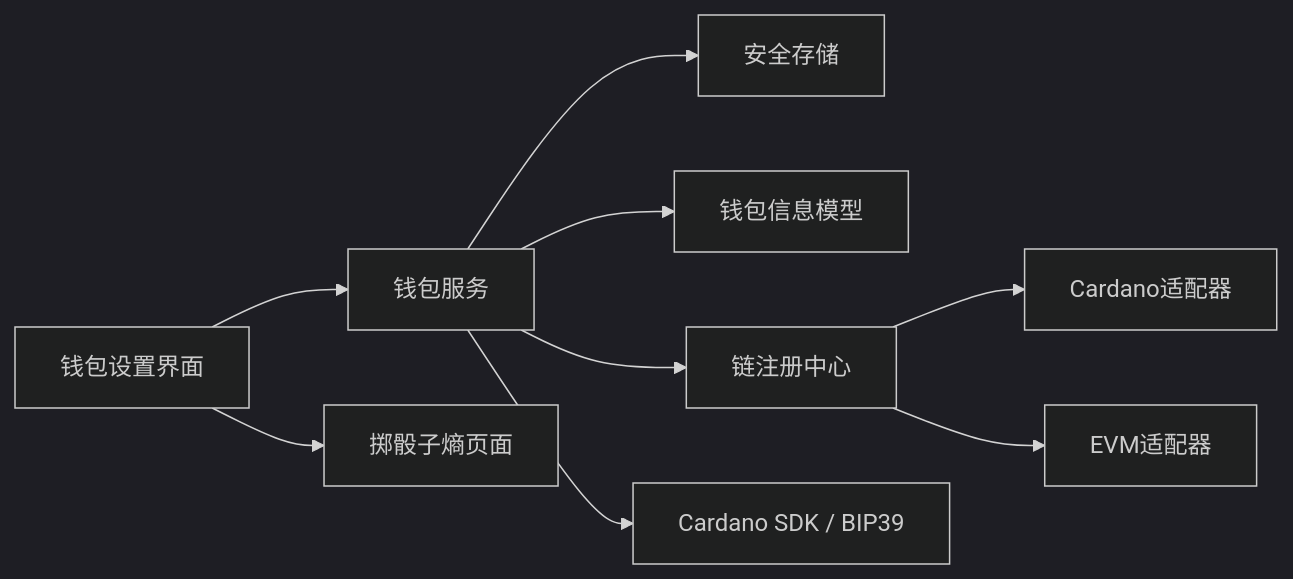
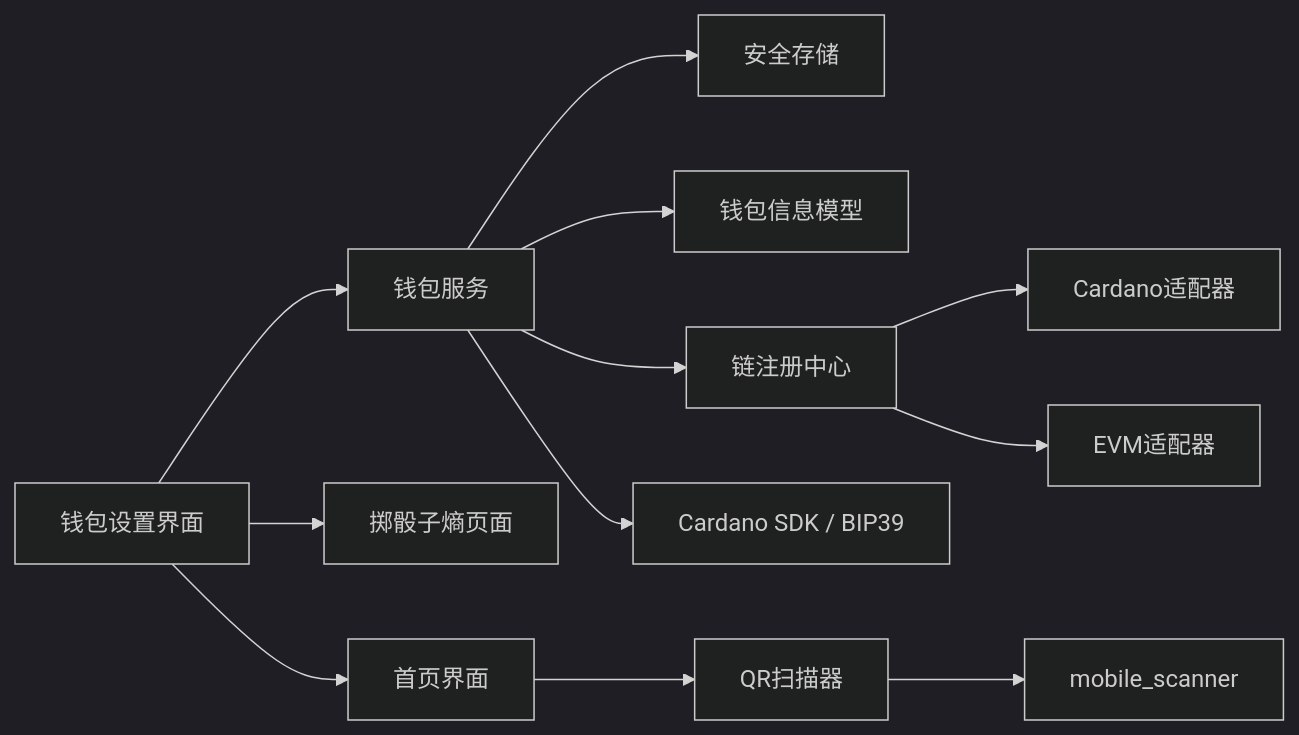
The seventh of 7 diagrams in .qoder/repowiki/zh/content/用户界面/冷钱包App界面/钱包设置界面.md (EqualToEthan/stasis), drawn with Mermaid (dark theme) before and after one commit. The commit also changed other lines of this file and 60 other files, not shown here.

````diff
--- a/.qoder/repowiki/zh/content/用户界面/冷钱包App界面/钱包设置界面.md
+++ b/.qoder/repowiki/zh/content/用户界面/冷钱包App界面/钱包设置界面.md
@@ -370,11 +482,14 @@
 ```mermaid
 graph LR
 UI["钱包设置界面"] --> SVC["钱包服务"]
 UI --> ENT["掷骰子熵页面"]
+UI --> HOME["首页界面"]
 SVC --> SEC["安全存储"]
 SVC --> MOD["钱包信息模型"]
 SVC --> REG["链注册中心"]
 REG --> AD1["Cardano适配器"]
 REG --> AD2["EVM适配器"]
 SVC --> EXT["Cardano SDK / BIP39"]
+HOME --> QR["QR扫描器"]
+QR --> MS["mobile_scanner"]
 ```
````
